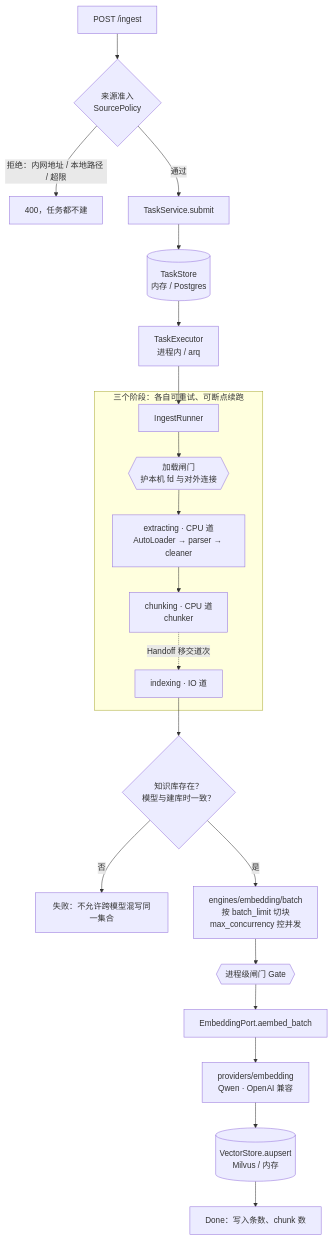
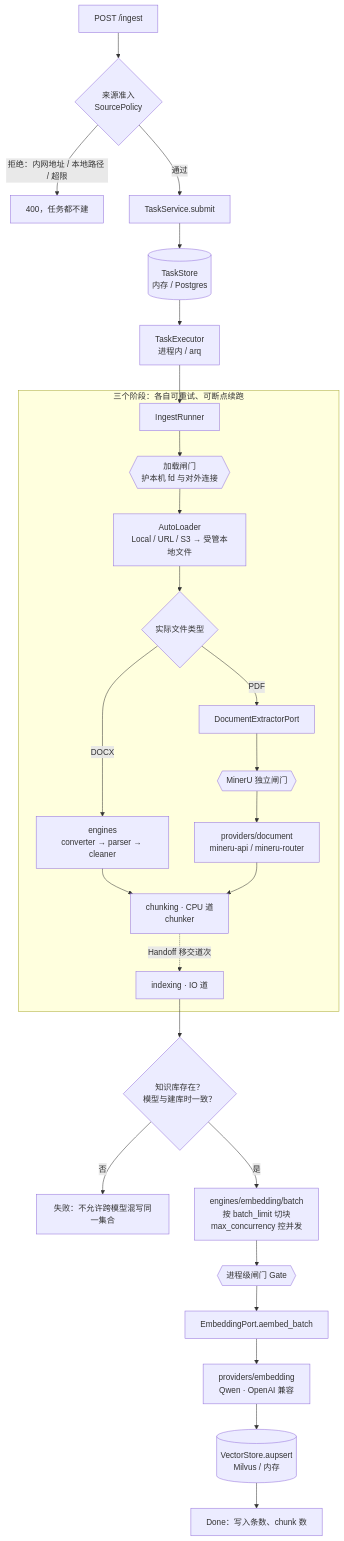
The second of 3 diagrams in docs/structure.md (comet-7x/comet-rag), drawn with Mermaid before and after one commit. The commit also changed other lines of this file and 45 other files, not shown here.

First line of the commit message:
feat(document): add M2 PDF ingestion via external MinerU (#51)

````diff
--- a/docs/structure.md
+++ b/docs/structure.md
@@ -138,25 +140,31 @@
 ```mermaid
 flowchart TD
     A["POST /ingest"] --> P{"来源准入<br/>SourcePolicy"}
     P -->|"拒绝：内网地址 / 本地路径 / 超限"| PX["400，任务都不建"]
     P -->|通过| B["TaskService.submit"]
     B --> C[("TaskStore<br/>内存 / Postgres")]
     C --> D["TaskExecutor<br/>进程内 / arq"]
     D --> E["IngestRunner"]
 
     subgraph ST["三个阶段：各自可重试、可断点续跑"]
         E --> LG{{"加载闸门<br/>护本机 fd 与对外连接"}}
-        LG --> F["extracting · CPU 道<br/>AutoLoader → parser → cleaner"]
-        F --> G["chunking · CPU 道<br/>chunker"]
+        LG --> F["AutoLoader<br/>Local / URL / S3 → 受管本地文件"]
+        F --> T{"实际文件类型"}
+        T -->|DOCX| DOCX["engines<br/>converter → parser → cleaner"]
+        T -->|PDF| DP["DocumentExtractorPort"]
+        DP --> MG{{"MinerU 独立闸门"}}
+        MG --> MU["providers/document<br/>mineru-api / mineru-router"]
+        DOCX --> G["chunking · CPU 道<br/>chunker"]
+        MU --> G
         G -.->|"Handoff 移交道次"| H["indexing · IO 道"]
     end
 
     H --> KB{"知识库存在？<br/>模型与建库时一致？"}
     KB -->|否| KBX["失败：不允许跨模型混写同一集合"]
     KB -->|是| I["engines/embedding/batch<br/>按 batch_limit 切块<br/>max_concurrency 控并发"]
     I --> GATE{{"进程级闸门 Gate"}}
     GATE --> J["EmbeddingPort.aembed_batch"]
     J --> K["providers/embedding<br/>Qwen · OpenAI 兼容"]
     K --> L[("VectorStore.aupsert<br/>Milvus / 内存")]
     L --> M["Done：写入条数、chunk 数"]
 ```
````
